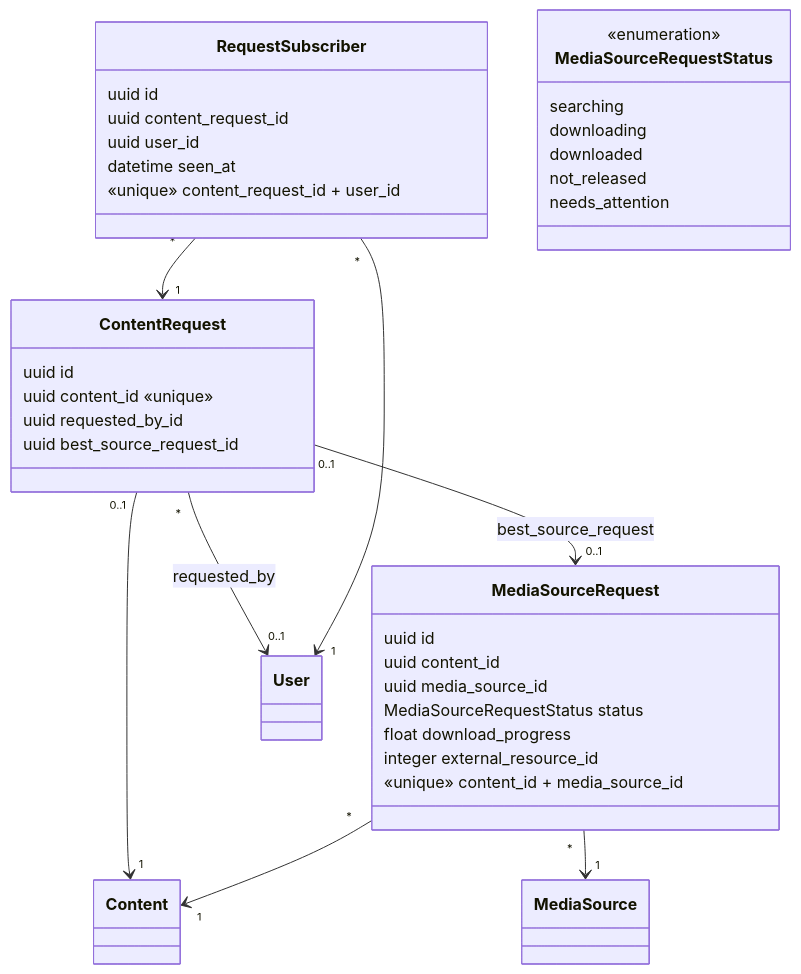
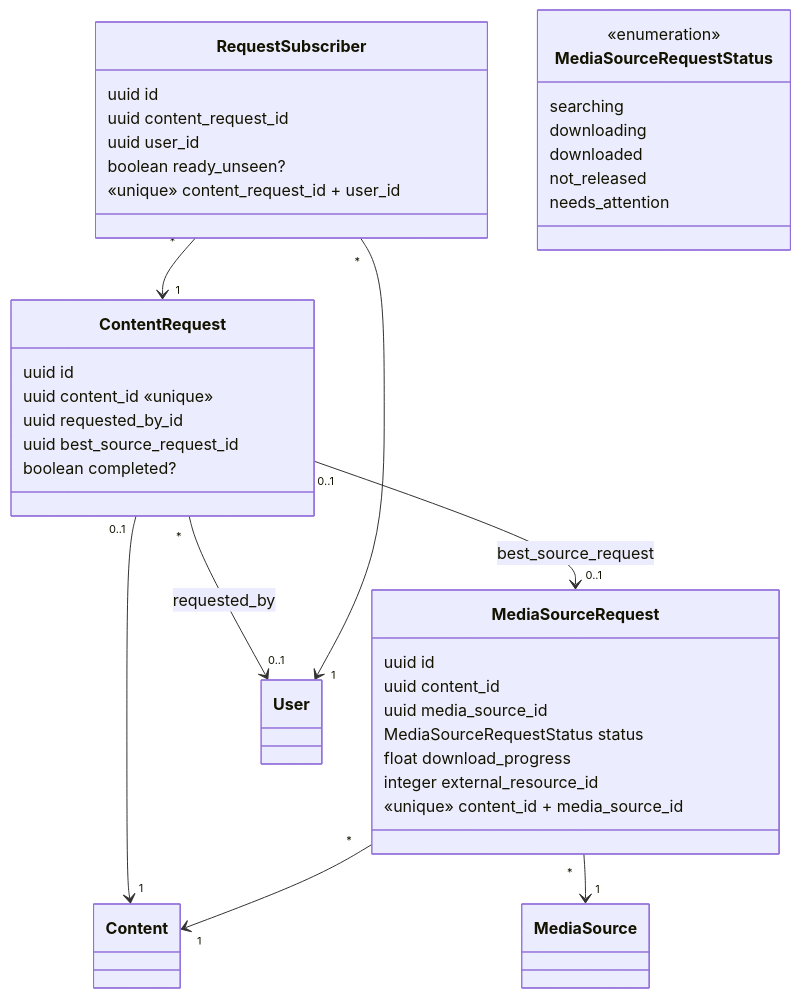
One commit to nat-e/watch_club changed the ninth of 12 diagrams in docs/data-model.md. Above: the diagram before and after it, drawn with Mermaid. The commit also changed 40 other files, not shown here.

````diff
--- a/docs/data-model.md
+++ b/docs/data-model.md
@@ -444,43 +444,44 @@
 ```mermaid
 classDiagram
   class ContentRequest {
     uuid id
     uuid content_id «unique»
     uuid requested_by_id
     uuid best_source_request_id
+    boolean completed?
   }
   class RequestSubscriber {
     uuid id
     uuid content_request_id
     uuid user_id
-    datetime seen_at
+    boolean ready_unseen?
     «unique» content_request_id + user_id
   }
   class MediaSourceRequest {
     uuid id
     uuid content_id
     uuid media_source_id
     MediaSourceRequestStatus status
     float download_progress
     integer external_resource_id
     «unique» content_id + media_source_id
   }
   class MediaSourceRequestStatus {
     <<enumeration>>
     searching
     downloading
     downloaded
     not_released
     needs_attention
   }
   class Content
   class User
   class MediaSource
   ContentRequest "0..1" --> "1" Content
   ContentRequest "*" --> "0..1" User : requested_by
   ContentRequest "0..1" --> "0..1" MediaSourceRequest : best_source_request
   RequestSubscriber "*" --> "1" ContentRequest
   RequestSubscriber "*" --> "1" User
   MediaSourceRequest "*" --> "1" Content
   MediaSourceRequest "*" --> "1" MediaSource
 ```
````
